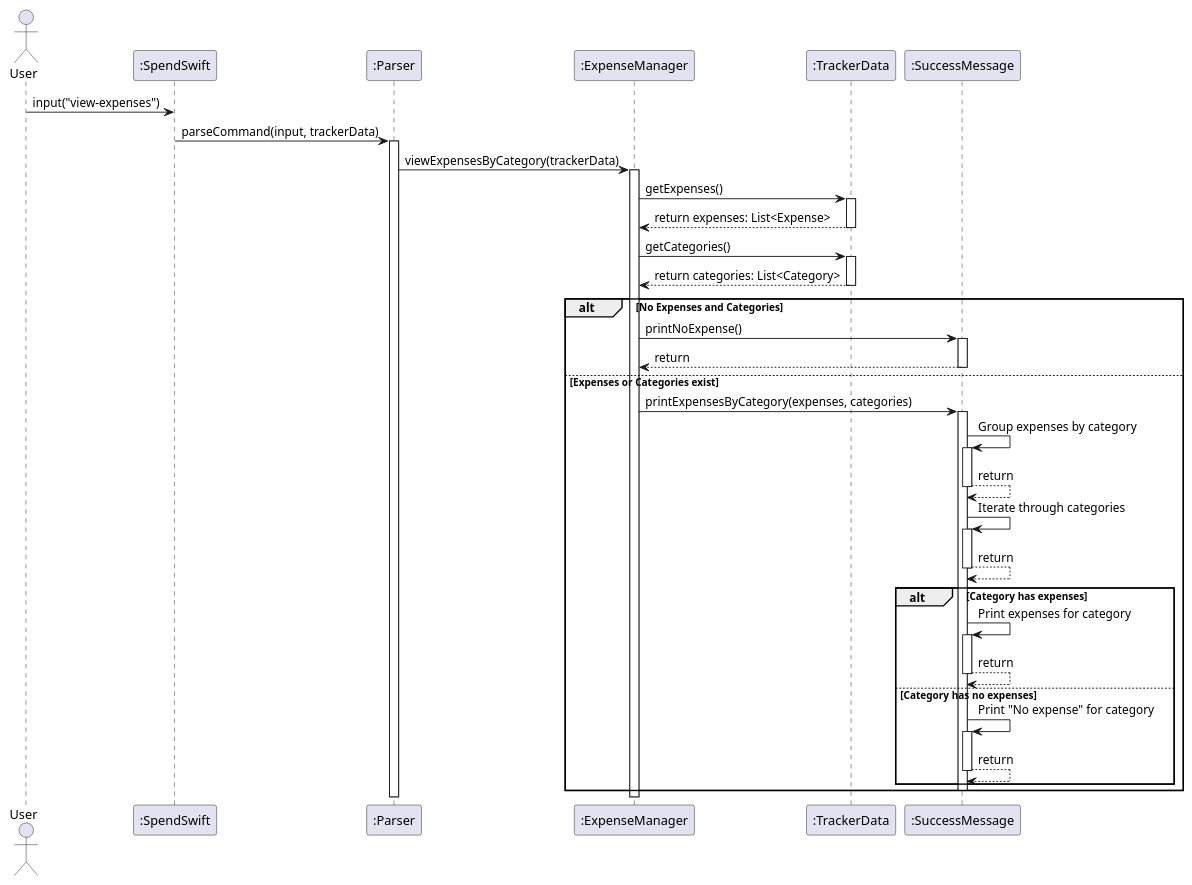
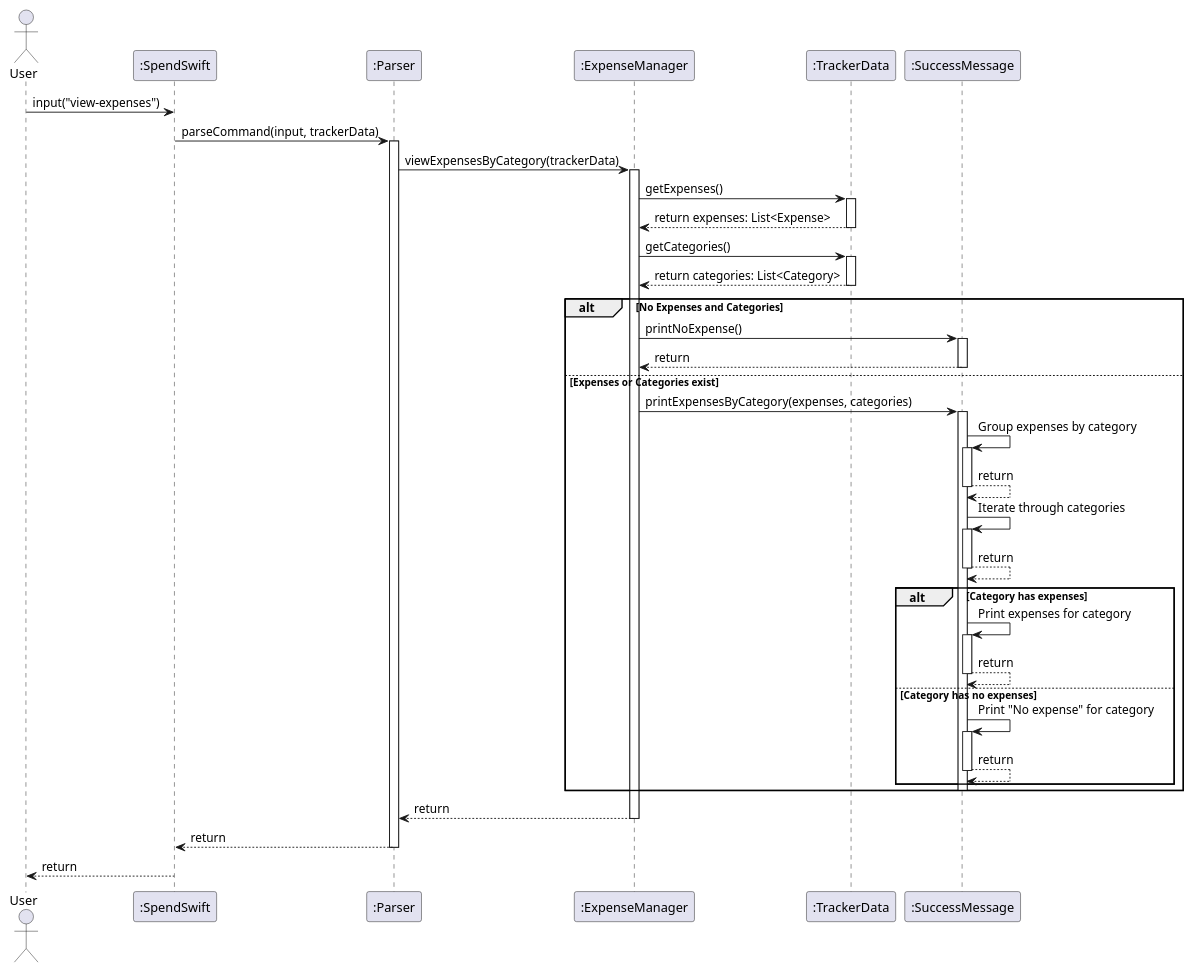
Before and after one commit to nus-cs2113-AY2425S1/tp: the diagram in docs/diagrams/ViewExpenses.puml, drawn with PlantUML. The commit also changed 9 other files, not shown here.

Commit message:
Refactor sequence diagrams for consistency

```diff
--- a/docs/diagrams/ViewExpenses.puml
+++ b/docs/diagrams/ViewExpenses.puml
@@ -1,58 +1,65 @@
 @startuml
 actor User
 participant ":SpendSwift" as SpendSwift
 participant ":Parser" as Parser
 participant ":ExpenseManager" as ExpenseManager
 participant ":TrackerData" as TrackerData
 participant ":SuccessMessage" as SuccessMessage
 
 User -> SpendSwift : input("view-expenses")
 SpendSwift -> Parser : parseCommand(input, trackerData)
 
 activate Parser
 Parser -> ExpenseManager : viewExpensesByCategory(trackerData)
 
 activate ExpenseManager
 ExpenseManager -> TrackerData : getExpenses()
 activate TrackerData
 TrackerData --> ExpenseManager : return expenses: List<Expense>
 deactivate TrackerData
 ExpenseManager -> TrackerData : getCategories()
 activate TrackerData
 TrackerData --> ExpenseManager : return categories: List<Category>
 deactivate TrackerData
 
 alt No Expenses and Categories
     ExpenseManager -> SuccessMessage : printNoExpense()
     activate SuccessMessage
     SuccessMessage --> ExpenseManager : return
     deactivate SuccessMessage
 else Expenses or Categories exist
     ExpenseManager -> SuccessMessage : printExpensesByCategory(expenses, categories)
 
     activate SuccessMessage
     SuccessMessage -> SuccessMessage : Group expenses by category
     activate SuccessMessage
         SuccessMessage --> SuccessMessage : return
         deactivate SuccessMessage
     SuccessMessage -> SuccessMessage : Iterate through categories
     activate SuccessMessage
         SuccessMessage --> SuccessMessage : return
         deactivate SuccessMessage
     alt Category has expenses
         SuccessMessage -> SuccessMessage : Print expenses for category
         activate SuccessMessage
         SuccessMessage --> SuccessMessage : return
         deactivate SuccessMessage
     else Category has no expenses
         SuccessMessage -> SuccessMessage : Print "No expense" for category
         activate SuccessMessage
         SuccessMessage --> SuccessMessage : return
         deactivate SuccessMessage
     end
     deactivate SuccessMessage
 end
-deactivate ExpenseManager
-deactivate Parser
+
+    ExpenseManager --> Parser : return
+    deactivate ExpenseManager
+
+    Parser --> SpendSwift : return
+    deactivate Parser
+
+    SpendSwift --> User : return
+    deactivate SpendSwift
 
 @enduml
```
